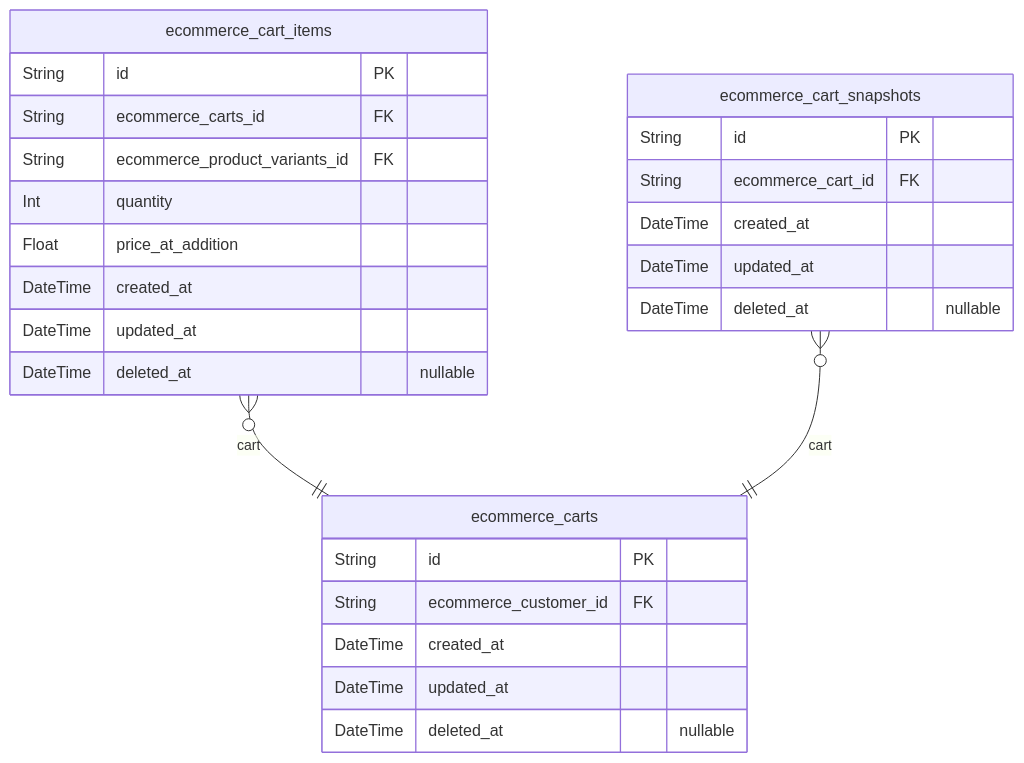
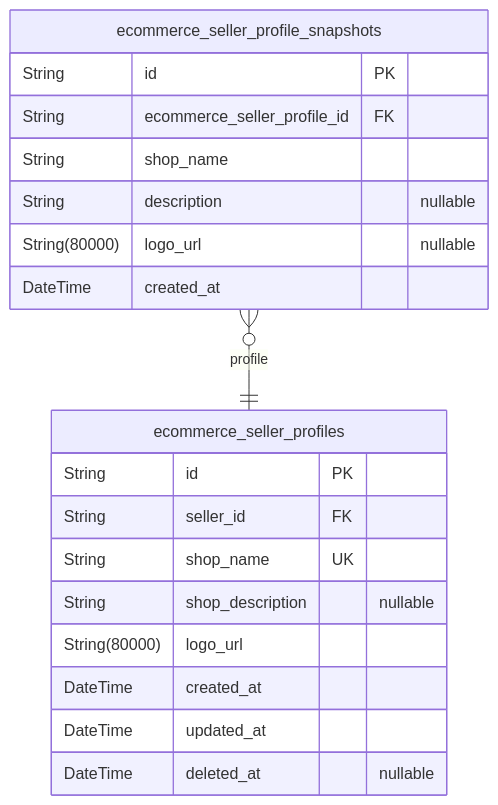
Before and after one commit to wrtnlabs/autobe-examples: the fourth of 6 diagrams in qwen/qwen3-30b-a3b-thinking-2507/shopping/docs/ERD.md, drawn with Mermaid. The commit also changed other lines of this file and 25939 other files, not shown here.

````diff
--- a/qwen/qwen3-30b-a3b-thinking-2507/shopping/docs/ERD.md
+++ b/qwen/qwen3-30b-a3b-thinking-2507/shopping/docs/ERD.md
@@ -1043,29 +1076,22 @@
 ```mermaid
 erDiagram
-"ecommerce_carts" {
+"ecommerce_seller_profiles" {
   String id PK
-  String ecommerce_customer_id FK
+  String seller_id FK
+  String shop_name UK
+  String shop_description "nullable"
+  String(80000) logo_url
   DateTime created_at
   DateTime updated_at
   DateTime deleted_at "nullable"
 }
-"ecommerce_cart_items" {
+"ecommerce_seller_profile_snapshots" {
   String id PK
-  String ecommerce_carts_id FK
-  String ecommerce_product_variants_id FK
-  Int quantity
-  Float price_at_addition
+  String ecommerce_seller_profile_id FK
+  String shop_name
+  String description "nullable"
+  String(80000) logo_url "nullable"
   DateTime created_at
-  DateTime updated_at
-  DateTime deleted_at "nullable"
 }
-"ecommerce_cart_snapshots" {
-  String id PK
-  String ecommerce_cart_id FK
-  DateTime created_at
-  DateTime updated_at
-  DateTime deleted_at "nullable"
-}
-"ecommerce_cart_items" }o--|| "ecommerce_carts" : cart
-"ecommerce_cart_snapshots" }o--|| "ecommerce_carts" : cart
+"ecommerce_seller_profile_snapshots" }o--|| "ecommerce_seller_profiles" : profile
 ```
````
